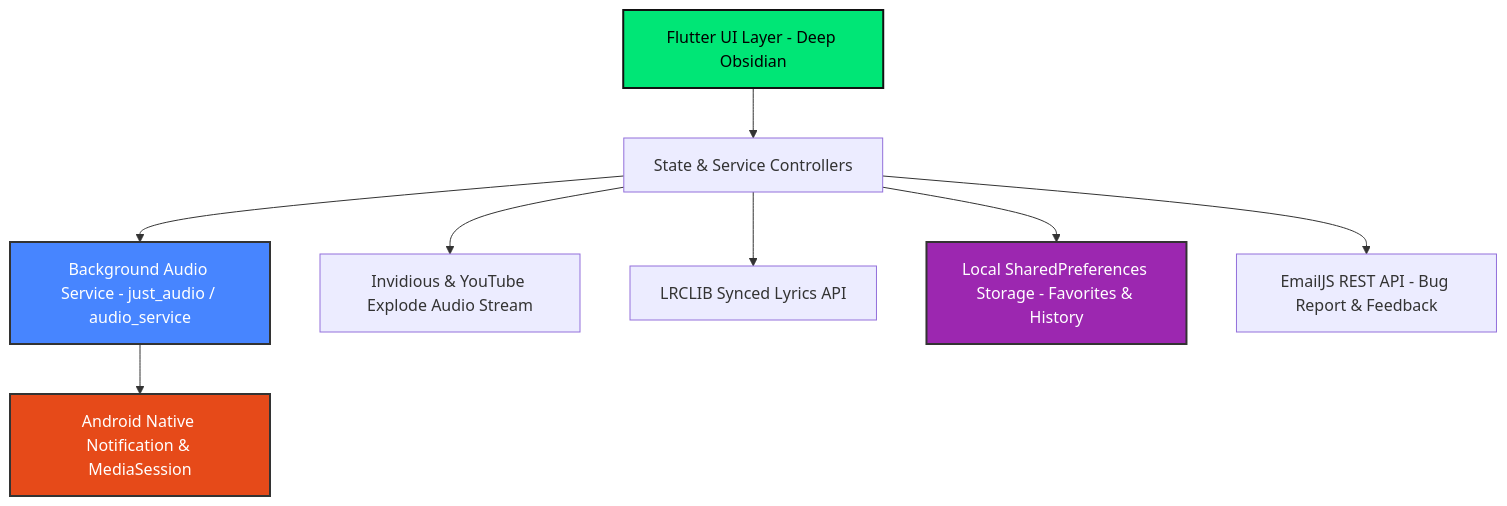
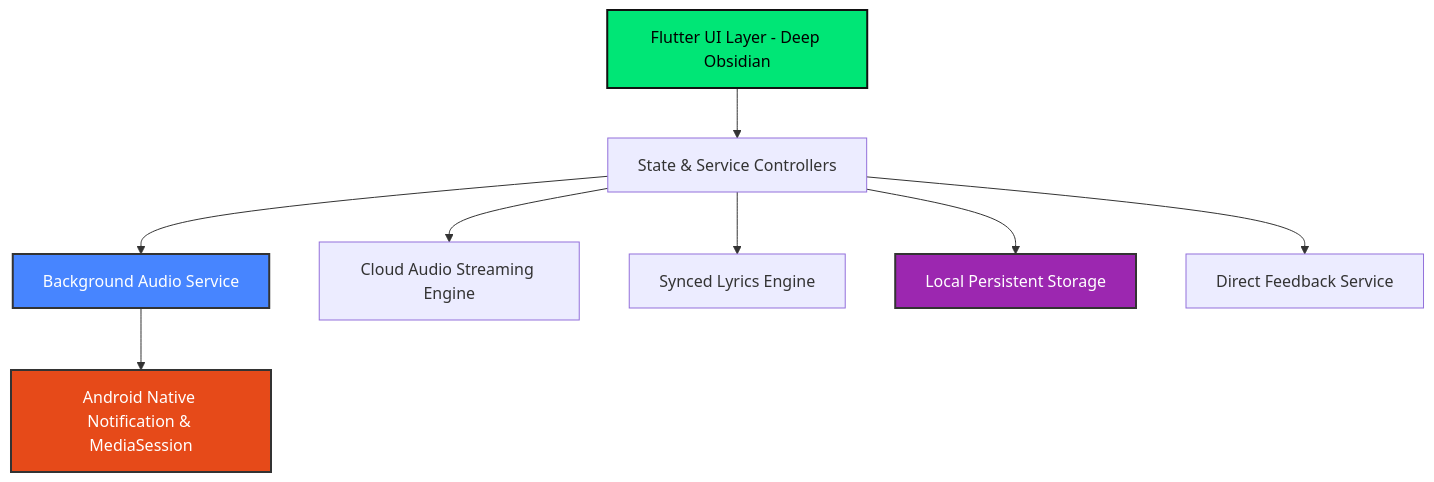
The diagram in README.md (Libra2694/LibraMusic), drawn with Mermaid before and after one commit. The commit also changed other lines of this file and 1 other file, not shown here.

Commit message:
docs: generalize internal API and package references for public showcase

````diff
--- a/README.md
+++ b/README.md
@@ -53,15 +53,15 @@
 ```mermaid
 graph TD
     A[Flutter UI Layer - Deep Obsidian] --> B[State & Service Controllers]
-    B --> C[Background Audio Service - just_audio / audio_service]
-    B --> D[Invidious & YouTube Explode Audio Stream]
-    B --> E[LRCLIB Synced Lyrics API]
-    B --> F[Local SharedPreferences Storage - Favorites & History]
-    B --> G[EmailJS REST API - Bug Report & Feedback]
+    B --> C[Background Audio Service]
+    B --> D[Cloud Audio Streaming Engine]
+    B --> E[Synced Lyrics Engine]
+    B --> F[Local Persistent Storage]
+    B --> G[Direct Feedback Service]
     C --> H[Android Native Notification & MediaSession]
     
     style A fill:#00E676,stroke:#111,stroke-width:2px,color:#000
     style C fill:#4785FF,stroke:#333,stroke-width:2px,color:#fff
     style H fill:#E64A19,stroke:#333,stroke-width:2px,color:#fff
     style F fill:#9C27B0,stroke:#333,stroke-width:2px,color:#fff
 ```
````
